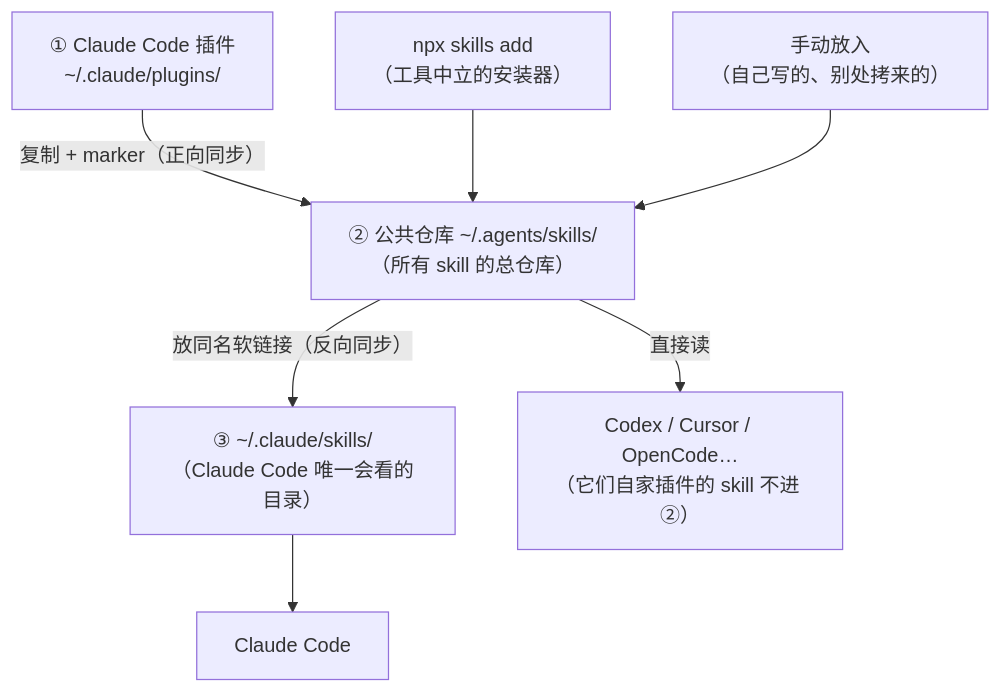
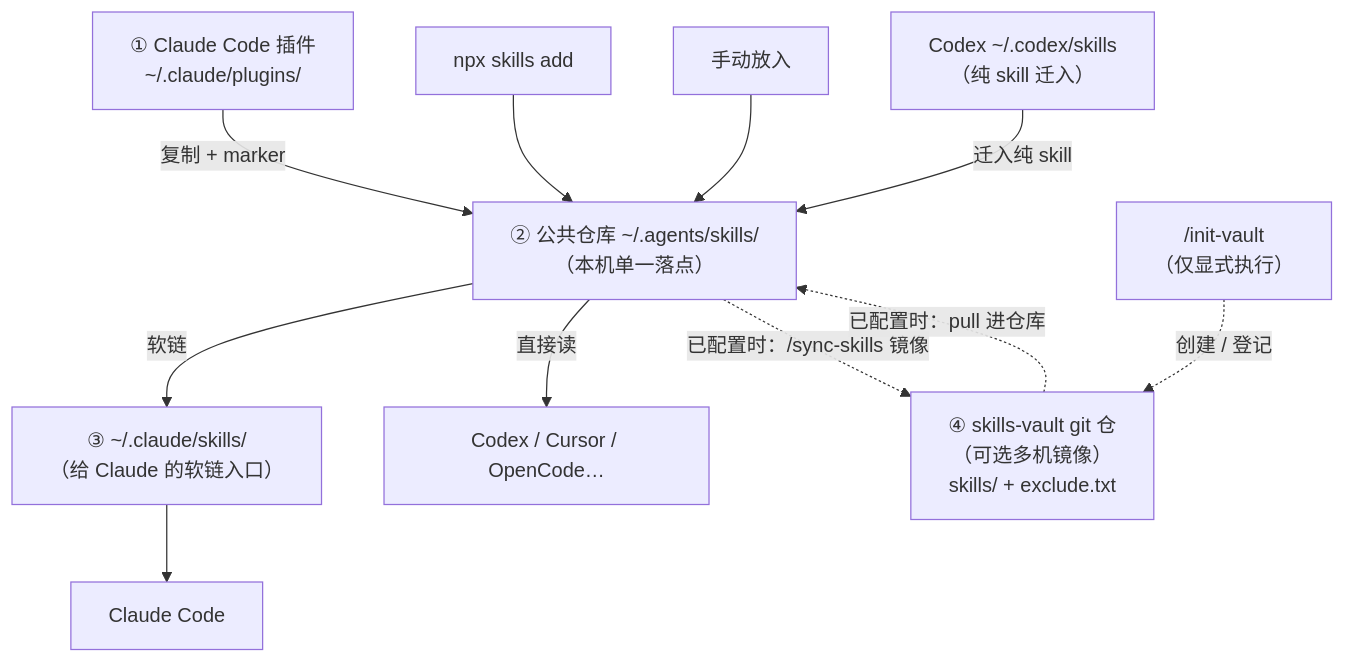
The diagram in README.zh-CN.md (Apri1qing/skills-bridge), drawn with Mermaid before and after one commit. The commit also changed other lines of this file and 1 other file, not shown here.

Commit message:
docs: restore EN/中文 links; add vault to architecture diagram
Document optional skills-vault + /init-vault in both READMEs and mermaid flowcharts.

````diff
--- a/README.zh-CN.md
+++ b/README.zh-CN.md
@@ -77,13 +76,20 @@
 ```mermaid
 flowchart TB
-    W["② 公共仓库 ~/.agents/skills/<br/>（所有 skill 的总仓库）"]
     P["① Claude Code 插件<br/>~/.claude/plugins/"]
-    N["npx skills add<br/>（工具中立的安装器）"]
-    H["手动放入<br/>（自己写的、别处拷来的）"]
-    P -->|"复制 + marker（正向同步）"| W
+    N["npx skills add"]
+    H["手动放入"]
+    CX["Codex ~/.codex/skills<br/>（纯 skill 迁入）"]
+    W["② 公共仓库 ~/.agents/skills/<br/>（本机单一落点）"]
+    C["③ ~/.claude/skills/<br/>（给 Claude 的软链入口）"]
+    V["④ skills-vault git 仓<br/>（可选多机镜像）<br/>skills/ + exclude.txt"]
+    P -->|"复制 + marker"| W
     N --> W
     H --> W
-    W -->|"放同名软链接（反向同步）"| C["③ ~/.claude/skills/<br/>（Claude Code 唯一会看的目录）"]
-    W -->|"直接读"| X["Codex / Cursor / OpenCode…<br/>（它们自家插件的 skill 不进 ②）"]
+    CX -->|"迁入纯 skill"| W
+    W -->|"软链"| C
     C --> CC["Claude Code"]
+    W -->|"直接读"| X["Codex / Cursor / OpenCode…"]
+    W -.->|"已配置时：/sync-skills 镜像"| V
+    V -.->|"已配置时：pull 进仓库"| W
+    IV["/init-vault<br/>（仅显式执行）"] -.->|"创建 / 登记"| V
 ```
````
